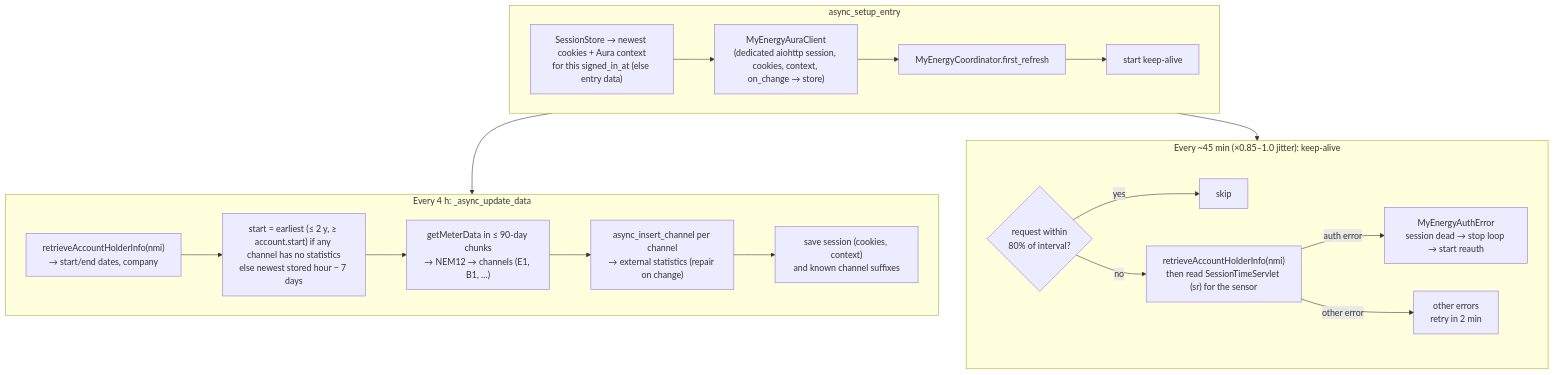
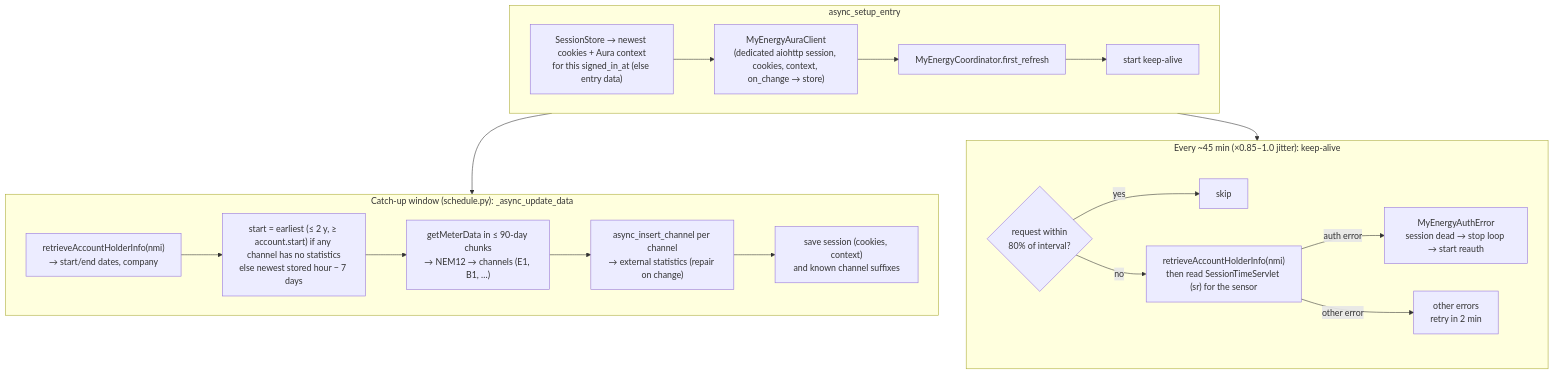
One commit to markesss/ha-citipower-myenergy changed the third of 4 diagrams in docs/ARCHITECTURE.md. Above: the diagram before and after it, drawn with Mermaid. The commit also changed other lines of this file and 9 other files, not shown here.

First line of the commit message:
Poll in a nightly catch-up window instead of every 4 hours (#7)

````diff
--- a/docs/ARCHITECTURE.md
+++ b/docs/ARCHITECTURE.md
@@ -73,30 +73,30 @@
 ```mermaid
 flowchart TD
     subgraph setup["async_setup_entry"]
         s1["SessionStore → newest cookies + Aura context<br/>for this signed_in_at (else entry data)"]
         s2["MyEnergyAuraClient<br/>(dedicated aiohttp session, cookies, context, on_change → store)"]
         s3["MyEnergyCoordinator.first_refresh"]
         s4["start keep-alive"]
         s1 --> s2 --> s3 --> s4
     end
-    subgraph poll["Every 4 h: _async_update_data"]
+    subgraph poll["Catch-up window (schedule.py): _async_update_data"]
         p1["retrieveAccountHolderInfo(nmi)<br/>→ start/end dates, company"]
         p2["start = earliest (≤ 2 y, ≥ account.start) if any channel has no statistics<br/>else newest stored hour − 7 days"]
         p3["getMeterData in ≤ 90-day chunks<br/>→ NEM12 → channels (E1, B1, …)"]
         p4["async_insert_channel per channel<br/>→ external statistics (repair on change)"]
         p5["save session (cookies, context)<br/>and known channel suffixes"]
         p1 --> p2 --> p3 --> p4 --> p5
     end
     subgraph keep["Every ~45 min (×0.85–1.0 jitter): keep-alive"]
         k1{"request within<br/>80% of interval?"}
         k2["retrieveAccountHolderInfo(nmi)<br/>then read SessionTimeServlet (sr) for the sensor"]
         k3["MyEnergyAuthError<br/>session dead → stop loop → start reauth"]
         k4["other errors<br/>retry in 2 min"]
         k1 -- yes --> skip["skip"]
         k1 -- no --> k2
         k2 -- auth error --> k3
         k2 -- other error --> k4
     end
     setup --> poll
     setup --> keep
 ```
````
